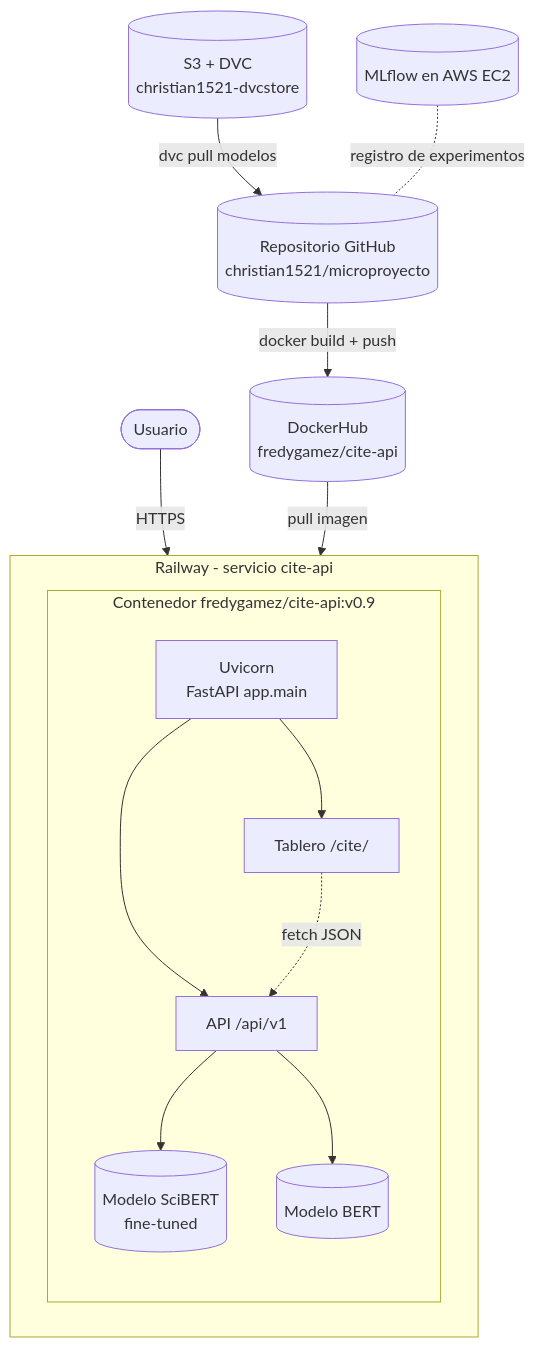
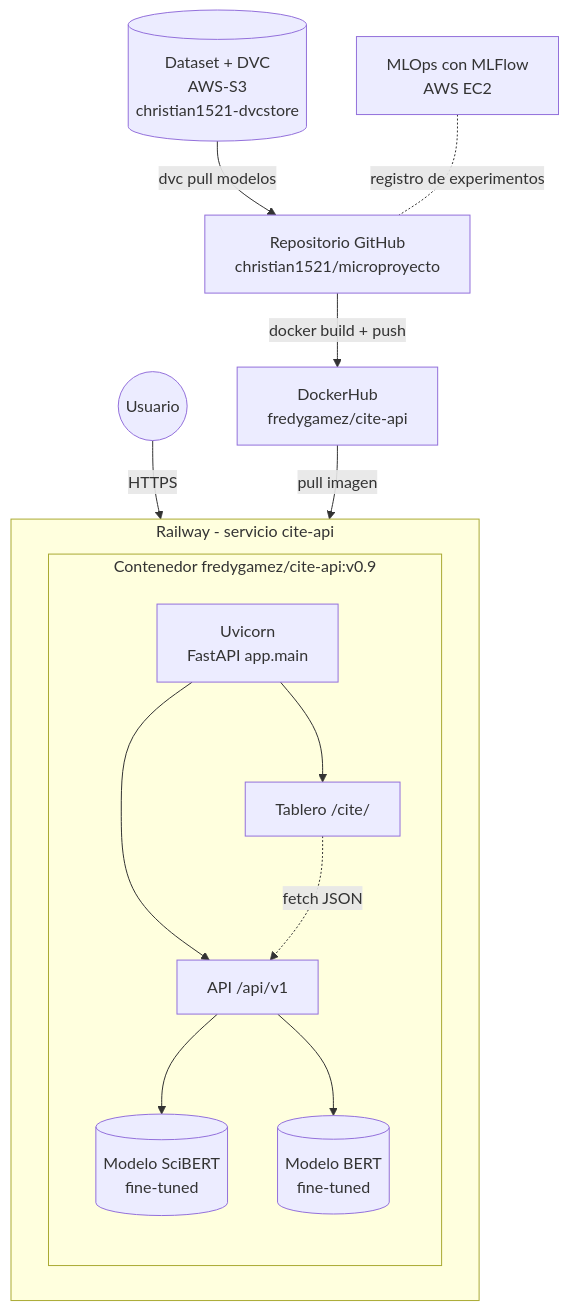
Before and after one commit to christian1521/microproyecto: the first of 2 diagrams in docs/desarrollo.md, drawn with Mermaid. The commit also changed other lines of this file and 4 other files, not shown here.

Commit message:
Actualizando Documentacion Diagramas

````diff
--- a/docs/desarrollo.md
+++ b/docs/desarrollo.md
@@ -44,24 +47,24 @@
 ```mermaid
 flowchart TD
-    U([Usuario]) -->|HTTPS| R
+    U((Usuario)) -->|HTTPS| R
 
     subgraph R[Railway - servicio cite-api]
         subgraph C[Contenedor fredygamez/cite-api:v0.9]
             UV[Uvicorn <br> FastAPI app.main]
             T[Tablero /cite/]
             A[API /api/v1]
             M1[(Modelo SciBERT <br>fine-tuned)]
-            M2[(Modelo BERT)]
+            M2[(Modelo BERT <br>fine-tuned)]
             UV --> T
             UV --> A
             A --> M1
             A --> M2
             T -. fetch JSON .-> A
         end
     end
 
-    DH[(DockerHub<br/>fredygamez/cite-api)] -->|pull imagen| R
-    GH[(Repositorio GitHub<br/>christian1521/microproyecto)] -->|docker build + push| DH
-    S3[(S3 + DVC<br/>christian1521-dvcstore)] -->|dvc pull modelos| GH
-    ML[(MLflow en AWS EC2)] -.registro de experimentos.- GH
+    DH[DockerHub<br/>fredygamez/cite-api] -->|pull imagen| R
+    GH[Repositorio GitHub<br/>christian1521/microproyecto] -->|docker build + push| DH
+    S3[(Dataset + DVC<br/>AWS-S3<br/>christian1521-dvcstore)] -->|dvc pull modelos| GH
+    ML[MLOps con MLFlow <br> AWS EC2] -.registro de experimentos.- GH
 ```
````
